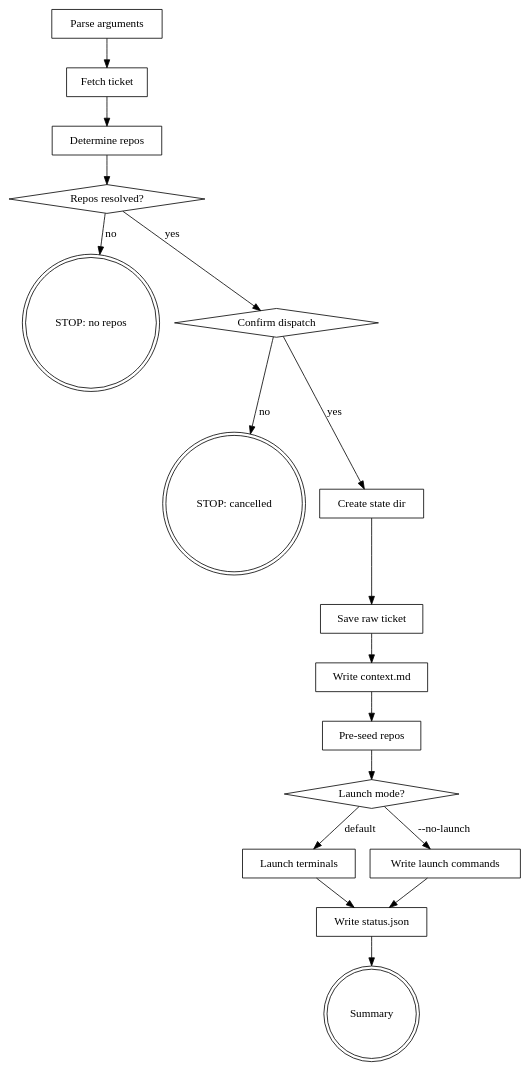
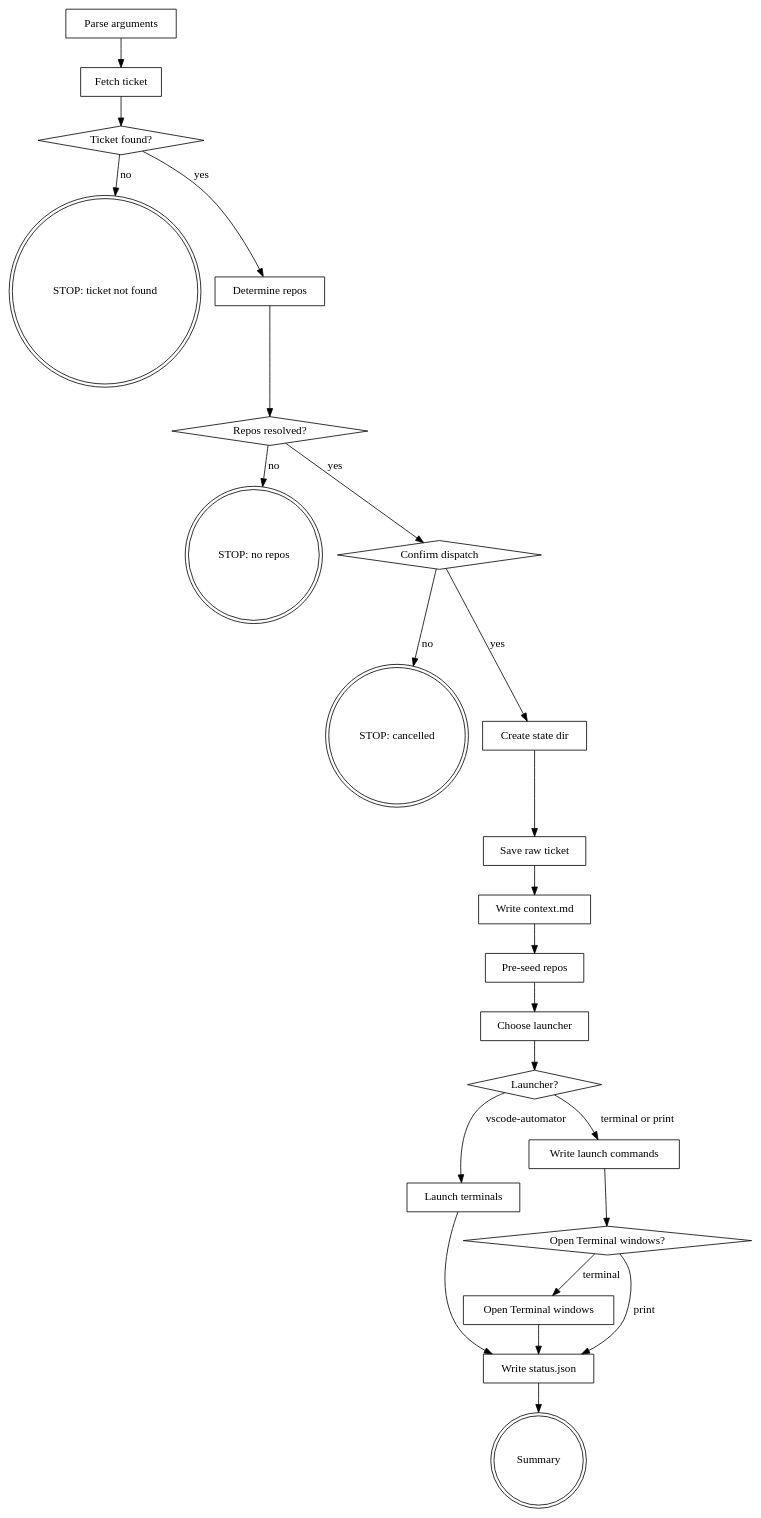
Before and after one commit to easingthemes/dx-aem-flow: the diagram in plugins/dx-hub/skills/dx-hub-dispatch/SKILL.md, drawn with Graphviz. The commit also changed other lines of this file and 19 other files, not shown here.

First line of the commit message:
fix(dx-hub): dispatch without vscode-automator, per-repo ADO project, keyword repo matching (#285)

````diff
--- a/plugins/dx-hub/skills/dx-hub-dispatch/SKILL.md
+++ b/plugins/dx-hub/skills/dx-hub-dispatch/SKILL.md
@@ -35,37 +50,48 @@
 ```dot
 digraph hub_dispatch {
     "Parse arguments" [shape=box];
     "Fetch ticket" [shape=box];
+    "Ticket found?" [shape=diamond];
+    "STOP: ticket not found" [shape=doublecircle];
     "Determine repos" [shape=box];
     "Repos resolved?" [shape=diamond];
     "STOP: no repos" [shape=doublecircle];
     "Confirm dispatch" [shape=diamond];
     "STOP: cancelled" [shape=doublecircle];
     "Create state dir" [shape=box];
     "Save raw ticket" [shape=box];
     "Write context.md" [shape=box];
     "Pre-seed repos" [shape=box];
-    "Launch mode?" [shape=diamond];
+    "Choose launcher" [shape=box];
+    "Launcher?" [shape=diamond];
     "Launch terminals" [shape=box];
     "Write launch commands" [shape=box];
+    "Open Terminal windows?" [shape=diamond];
+    "Open Terminal windows" [shape=box];
     "Write status.json" [shape=box];
     "Summary" [shape=doublecircle];
 
     "Parse arguments" -> "Fetch ticket";
-    "Fetch ticket" -> "Determine repos";
+    "Fetch ticket" -> "Ticket found?";
+    "Ticket found?" -> "Determine repos" [label="yes"];
+    "Ticket found?" -> "STOP: ticket not found" [label="no"];
     "Determine repos" -> "Repos resolved?";
     "Repos resolved?" -> "Confirm dispatch" [label="yes"];
     "Repos resolved?" -> "STOP: no repos" [label="no"];
     "Confirm dispatch" -> "Create state dir" [label="yes"];
     "Confirm dispatch" -> "STOP: cancelled" [label="no"];
     "Create state dir" -> "Save raw ticket";
     "Save raw ticket" -> "Write context.md";
     "Write context.md" -> "Pre-seed repos";
-    "Pre-seed repos" -> "Launch mode?";
-    "Launch mode?" -> "Launch terminals" [label="default"];
-    "Launch mode?" -> "Write launch commands" [label="--no-launch"];
+    "Pre-seed repos" -> "Choose launcher";
+    "Choose launcher" -> "Launcher?";
+    "Launcher?" -> "Launch terminals" [label="vscode-automator"];
+    "Launcher?" -> "Write launch commands" [label="terminal or print"];
     "Launch terminals" -> "Write status.json";
-    "Write launch commands" -> "Write status.json";
+    "Write launch commands" -> "Open Terminal windows?";
+    "Open Terminal windows?" -> "Open Terminal windows" [label="terminal"];
+    "Open Terminal windows?" -> "Write status.json" [label="print"];
+    "Open Terminal windows" -> "Write status.json";
     "Write status.json" -> "Summary";
 }
 ```
````
